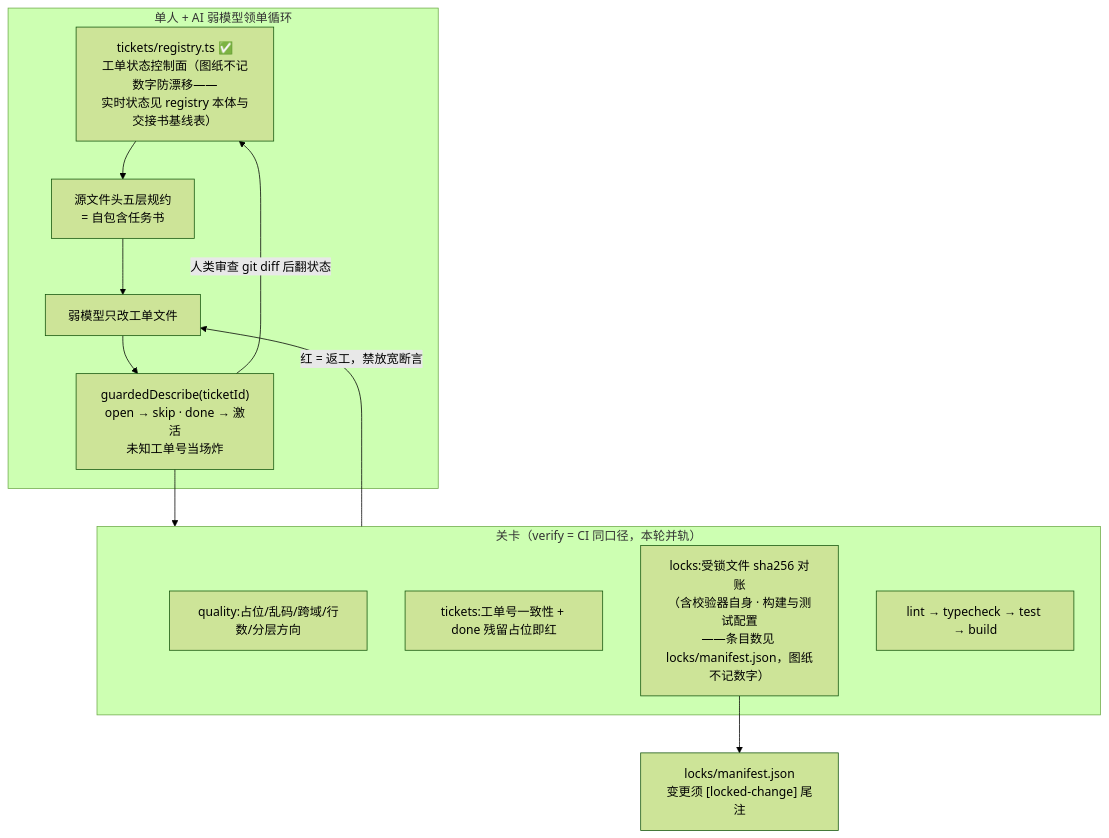
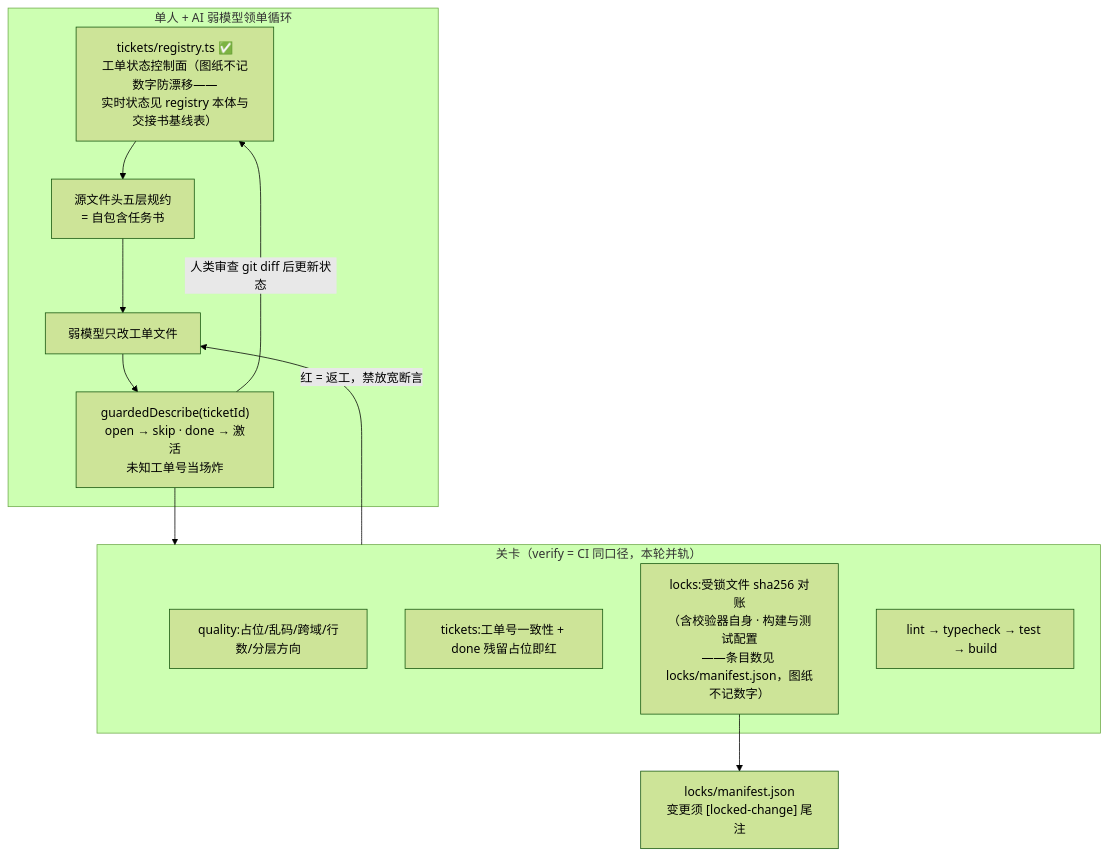
The seventh of 7 diagrams in docs/architecture.md (yyx20040712/Synapse), drawn with Mermaid (forest theme) before and after one commit. The commit also changed other lines of this file and 7 other files, not shown here.

````diff
--- a/docs/architecture.md
+++ b/docs/architecture.md
@@ -371,20 +372,20 @@
 ```mermaid
 flowchart TB
   subgraph LOOP["单人 + AI 弱模型领单循环"]
     RG2["tickets/registry.ts ✅<br/>工单状态控制面（图纸不记数字防漂移——<br/>实时状态见 registry 本体与交接书基线表）"]
     SPEC["源文件头五层规约<br/>= 自包含任务书"]
     IMPL["弱模型只改工单文件"]
     GD["guardedDescribe(ticketId)<br/>open → skip · done → 激活<br/>未知工单号当场炸"]
     RG2 --> SPEC --> IMPL --> GD
-    GD -->|"人类审查 git diff 后翻状态"| RG2
+    GD -->|"人类审查 git diff 后更新状态"| RG2
   end
   subgraph GATES["关卡（verify = CI 同口径，本轮并轨）"]
     Q["quality:占位/乱码/跨域/行数/分层方向"]
     T["tickets:工单号一致性 + done 残留占位即红"]
     LK["locks:受锁文件 sha256 对账<br/>（含校验器自身 · 构建与测试配置<br/>——条目数见 locks/manifest.json，图纸不记数字）"]
     V["lint → typecheck → test → build"]
   end
   GD --> GATES
   GATES -->|"红 = 返工，禁放宽断言"| IMPL
   LK --> MANIFEST["locks/manifest.json<br/>变更须 [locked-change] 尾注"]
 ```
````
